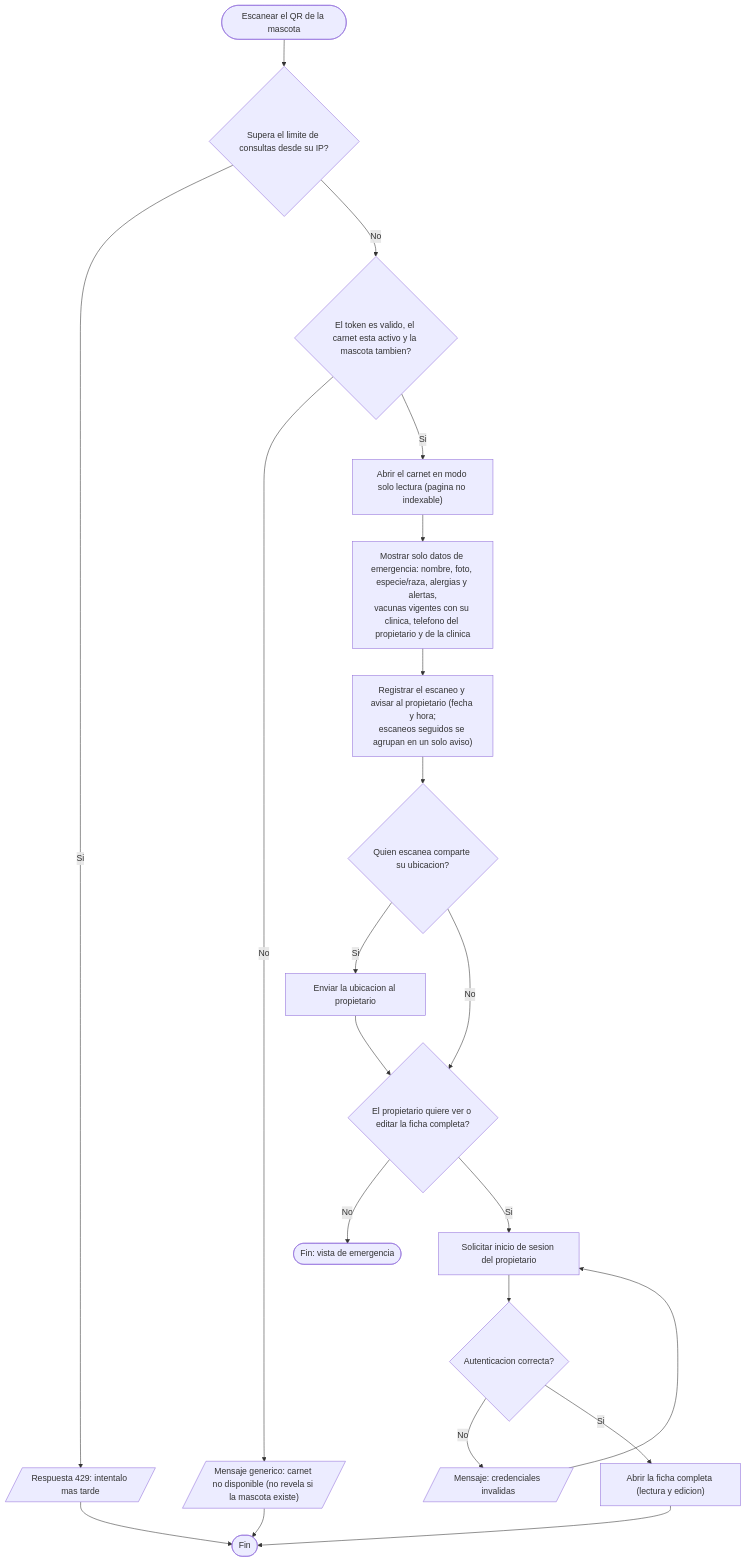
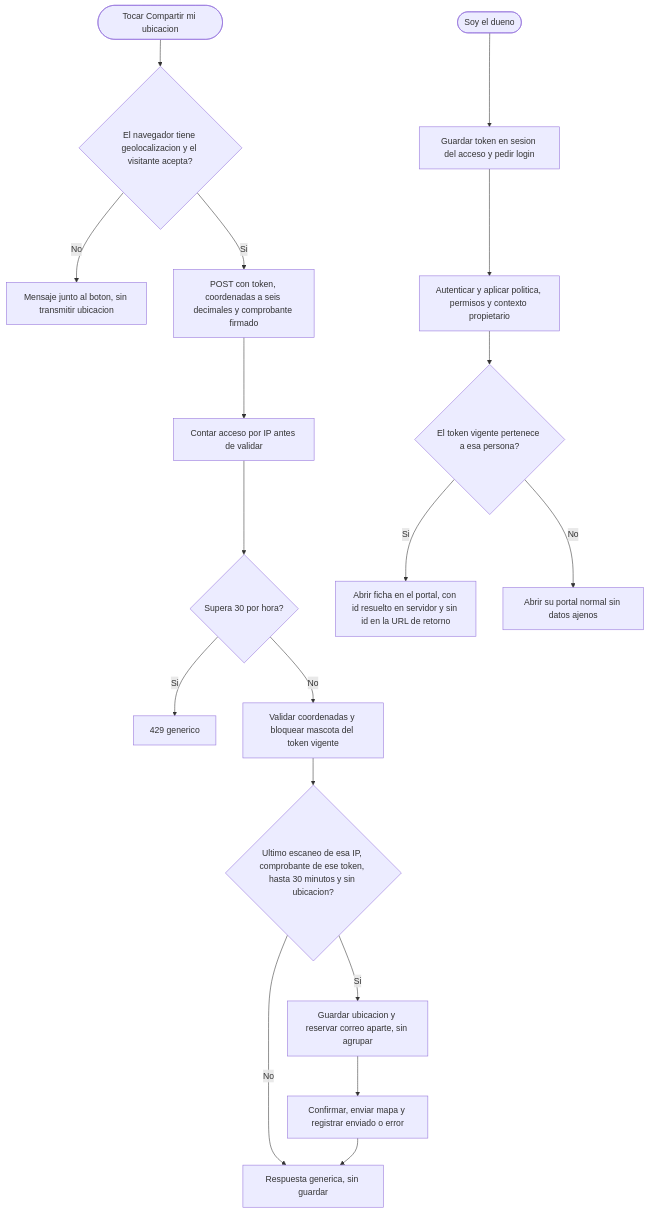
Before and after one commit to carvajal7lsch-commits/Zooki: diagram 22 of 31 in documentacion/Modelos.md, drawn with Mermaid. The commit also changed other lines of this file and 31 other files, not shown here.

Commit message:
docs(release): v2.0.0 con el carnet QR y revision de B (HU-5.10, HU-5.11)

````diff
--- a/documentacion/Modelos.md
+++ b/documentacion/Modelos.md
@@ -992,23 +1017,20 @@
 ```mermaid
 flowchart TD
-  A([Escanear el QR de la mascota]) --> L{"Supera el limite de consultas desde su IP?"}
-  L -- Si --> L1[/"Respuesta 429: intentalo mas tarde"/]
-  L1 --> ZF([Fin])
-  L -- No --> B{"El token es valido, el carnet esta activo y la mascota tambien?"}
-  B -- No --> B1[/"Mensaje generico: carnet no disponible (no revela si la mascota existe)"/]
-  B1 --> ZF
-  B -- Si --> C["Abrir el carnet en modo solo lectura (pagina no indexable)"]
-  C --> D["Mostrar solo datos de emergencia: nombre, foto, especie/raza, alergias y alertas,<br/>vacunas vigentes con su clinica, telefono del propietario y de la clinica"]
-  D --> N["Registrar el escaneo y avisar al propietario (fecha y hora;<br/>escaneos seguidos se agrupan en un solo aviso)"]
-  N --> U{Quien escanea comparte su ubicacion?}
-  U -- Si --> U1[Enviar la ubicacion al propietario]
-  U -- No --> E
-  U1 --> E{El propietario quiere ver o editar la ficha completa?}
-  E -- No --> E1([Fin: vista de emergencia])
-  E -- Si --> F[Solicitar inicio de sesion del propietario]
-  F --> G{Autenticacion correcta?}
-  G -- No --> G1[/"Mensaje: credenciales invalidas"/]
-  G1 --> F
-  G -- Si --> H["Abrir la ficha completa (lectura y edicion)"]
-  H --> ZF
+  A([Tocar Compartir mi ubicacion]) --> P{El navegador tiene geolocalizacion y el visitante acepta?}
+  P -- No --> N[Mensaje junto al boton, sin transmitir ubicacion]
+  P -- Si --> E[POST con token, coordenadas a seis decimales y comprobante firmado]
+  E --> L[Contar acceso por IP antes de validar]
+  L --> T{Supera 30 por hora?}
+  T -- Si --> R[429 generico]
+  T -- No --> V[Validar coordenadas y bloquear mascota del token vigente]
+  V --> C{Ultimo escaneo de esa IP, comprobante de ese token, hasta 30 minutos y sin ubicacion?}
+  C -- No --> G[Respuesta generica, sin guardar]
+  C -- Si --> U[Guardar ubicacion y reservar correo aparte, sin agrupar]
+  U --> K[Confirmar, enviar mapa y registrar enviado o error]
+  K --> G
+  D([Soy el dueno]) --> S[Guardar token en sesion del acceso y pedir login]
+  S --> H[Autenticar y aplicar politica, permisos y contexto propietario]
+  H --> O{El token vigente pertenece a esa persona?}
+  O -- Si --> F[Abrir ficha en el portal, con id resuelto en servidor y sin id en la URL de retorno]
+  O -- No --> Q[Abrir su portal normal sin datos ajenos]
 ```
````
